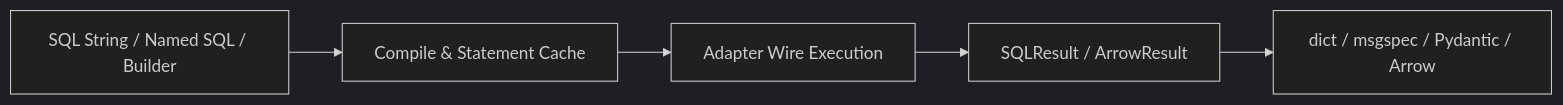
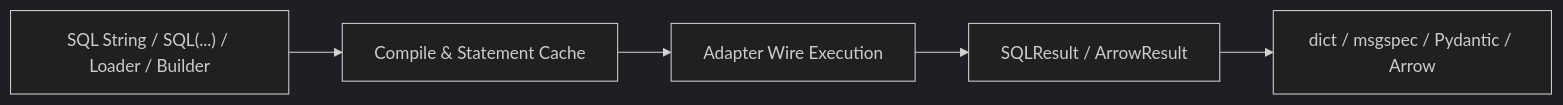
One commit to litestar-org/sqlspec changed the diagram in docs/learn/querying.md. Above: the diagram before and after it, drawn with Mermaid (dark theme). The commit also changed other lines of this file and 249 other files, not shown here.

````diff
--- a/docs/learn/querying.md
+++ b/docs/learn/querying.md
@@ -5,7 +5,7 @@
 ```mermaid
 flowchart LR
-    Input["SQL String / Named SQL / Builder"] --> Compile["Compile & Statement Cache"]
+    Input["SQL String / SQL(...) / Loader / Builder"] --> Compile["Compile & Statement Cache"]
     Compile --> Execute["Adapter Wire Execution"]
     Execute --> Result["SQLResult / ArrowResult"]
     Result --> Output["dict / msgspec / Pydantic / Arrow"]
 ```
````
